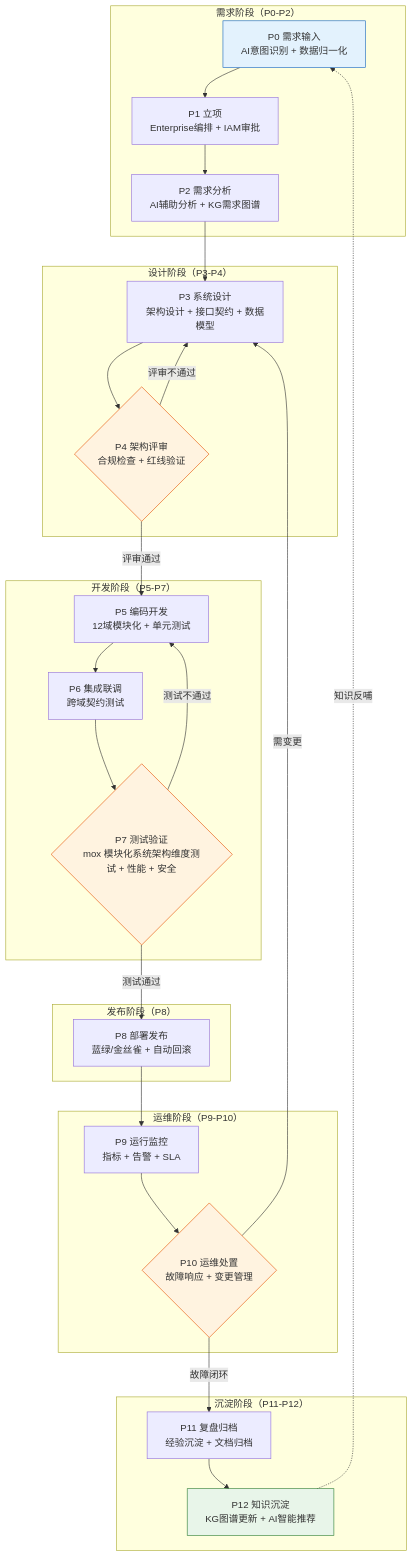
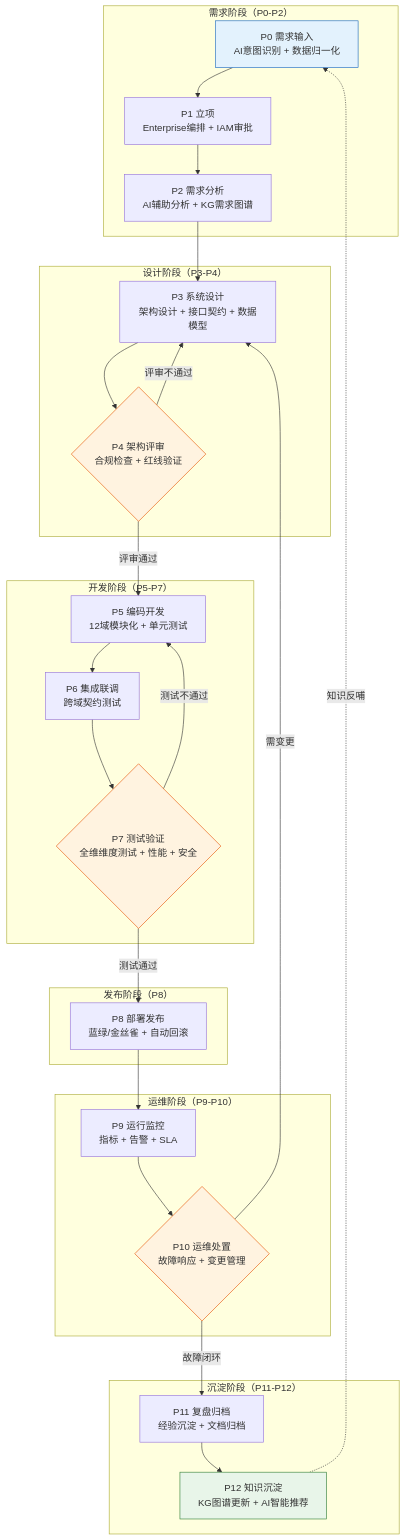
One commit to aikjx/mox changed the first of 5 diagrams in docs/architecture/rust-enterprise/02-business-flow.md. Above: the diagram before and after it, drawn with Mermaid. The commit also changed other lines of this file and 184 other files, not shown here.

````diff
--- a/docs/architecture/rust-enterprise/02-business-flow.md
+++ b/docs/architecture/rust-enterprise/02-business-flow.md
@@ -19,51 +19,51 @@
 ```mermaid
 flowchart TD
     subgraph 需求阶段["需求阶段（P0-P2）"]
         P0["P0 需求输入<br/>AI意图识别 + 数据归一化"]
         P1["P1 立项<br/>Enterprise编排 + IAM审批"]
         P2["P2 需求分析<br/>AI辅助分析 + KG需求图谱"]
     end
 
     subgraph 设计阶段["设计阶段（P3-P4）"]
         P3["P3 系统设计<br/>架构设计 + 接口契约 + 数据模型"]
         P4{"P4 架构评审<br/>合规检查 + 红线验证"}
     end
 
     subgraph 开发阶段["开发阶段（P5-P7）"]
         P5["P5 编码开发<br/>12域模块化 + 单元测试"]
         P6["P6 集成联调<br/>跨域契约测试"]
-        P7{"P7 测试验证<br/>mox 模块化系统架构维度测试 + 性能 + 安全"}
+        P7{"P7 测试验证<br/>全维维度测试 + 性能 + 安全"}
     end
 
     subgraph 发布阶段["发布阶段（P8）"]
         P8["P8 部署发布<br/>蓝绿/金丝雀 + 自动回滚"]
     end
 
     subgraph 运维阶段["运维阶段（P9-P10）"]
         P9["P9 运行监控<br/>指标 + 告警 + SLA"]
         P10{"P10 运维处置<br/>故障响应 + 变更管理"}
     end
 
     subgraph 沉淀阶段["沉淀阶段（P11-P12）"]
         P11["P11 复盘归档<br/>经验沉淀 + 文档归档"]
         P12["P12 知识沉淀<br/>KG图谱更新 + AI智能推荐"]
     end
 
     P0 --> P1 --> P2 --> P3 --> P4
     P4 -->|评审通过| P5
     P4 -->|评审不通过| P3
     P5 --> P6 --> P7
     P7 -->|测试通过| P8
     P7 -->|测试不通过| P5
     P8 --> P9 --> P10
     P10 -->|故障闭环| P11
     P10 -->|需变更| P3
     P11 --> P12
     P12 -.->|知识反哺| P0
 
     style P0 fill:#E3F2FD,stroke:#1565C0
     style P4 fill:#FFF3E0,stroke:#E65100
     style P7 fill:#FFF3E0,stroke:#E65100
     style P10 fill:#FFF3E0,stroke:#E65100
     style P12 fill:#E8F5E9,stroke:#2E7D32
 ```
````
